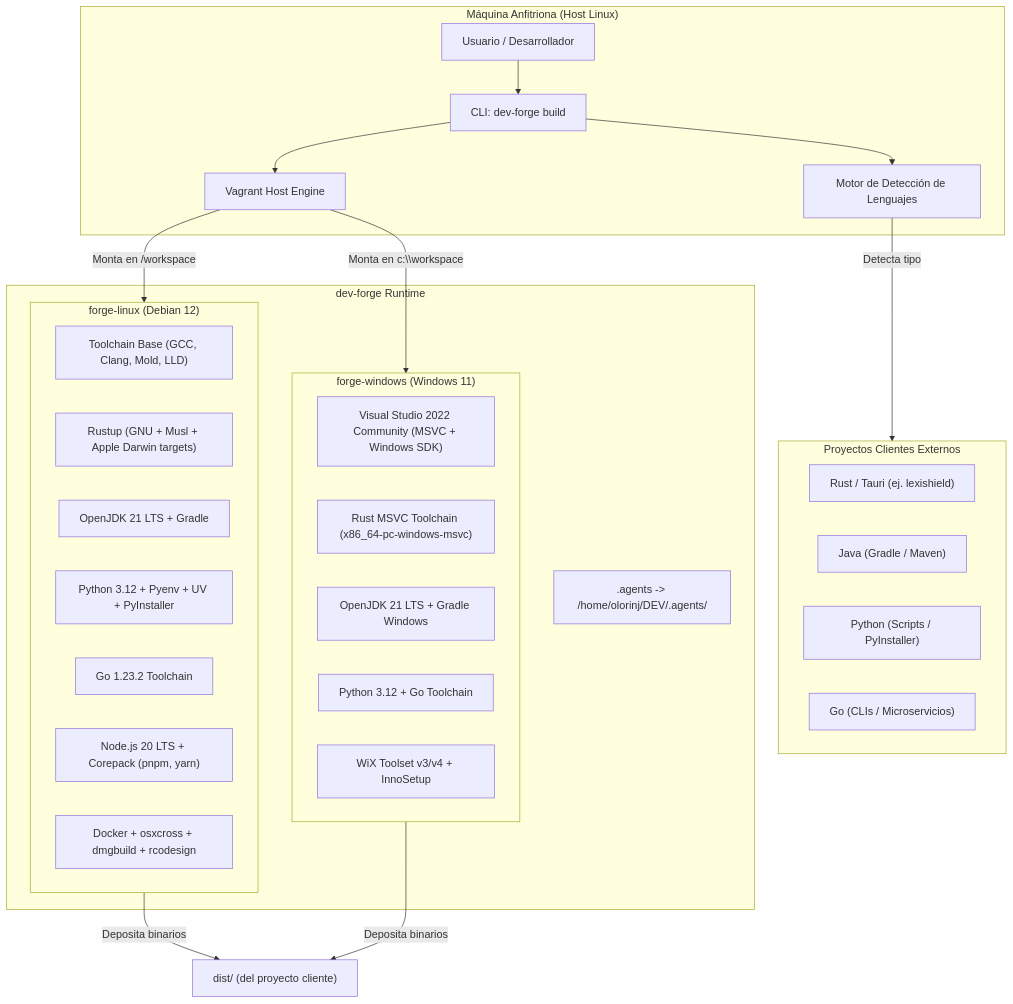
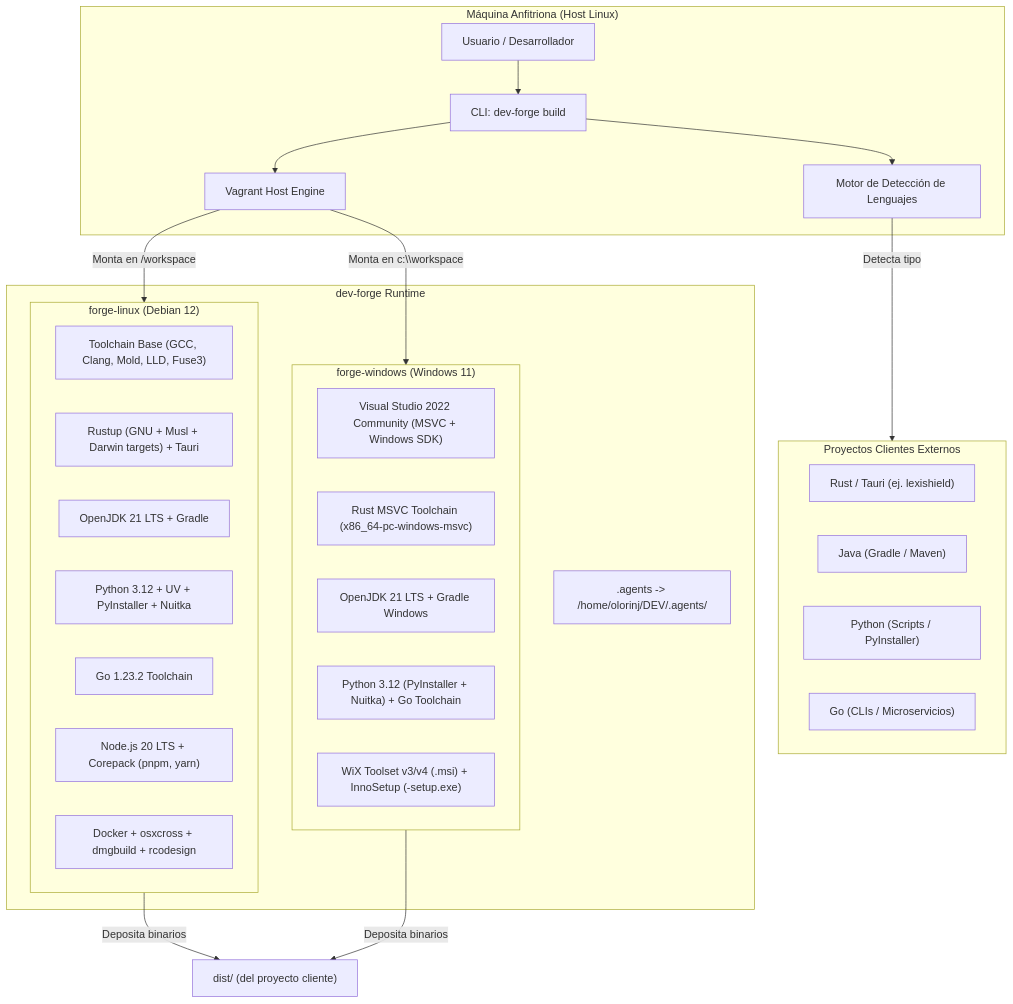
The first of 2 diagrams in docs/architecture.md (olorinj/dev-forge), drawn with Mermaid before and after one commit. The commit also changed other lines of this file and 2 other files, not shown here.

First line of the commit message:
docs: codify universal headless AppImage, WiX versioning, Nuitka and VS Code profiles

````diff
--- a/docs/architecture.md
+++ b/docs/architecture.md
@@ -7,44 +7,44 @@
 ```mermaid
 flowchart TD
     subgraph Host["Máquina Anfitriona (Host Linux)"]
         User["Usuario / Desarrollador"] --> CLI["CLI: dev-forge build"]
         CLI --> Detector["Motor de Detección de Lenguajes"]
         CLI --> VagrantHost["Vagrant Host Engine"]
     end
 
     subgraph Proyectos_Clientes["Proyectos Clientes Externos"]
         RustP["Rust / Tauri (ej. lexishield)"]
         JavaP["Java (Gradle / Maven)"]
         PyP["Python (Scripts / PyInstaller)"]
         GoP["Go (CLIs / Microservicios)"]
     end
 
     subgraph Forja["dev-forge Runtime"]
         Agents[".agents -> /home/olorinj/DEV/.agents/"]
         
         subgraph VM_Linux["forge-linux (Debian 12)"]
-            L_Base["Toolchain Base (GCC, Clang, Mold, LLD)"]
-            L_Rust["Rustup (GNU + Musl + Apple Darwin targets)"]
+            L_Base["Toolchain Base (GCC, Clang, Mold, LLD, Fuse3)"]
+            L_Rust["Rustup (GNU + Musl + Darwin targets) + Tauri"]
             L_Java["OpenJDK 21 LTS + Gradle"]
-            L_Py["Python 3.12 + Pyenv + UV + PyInstaller"]
+            L_Py["Python 3.12 + UV + PyInstaller + Nuitka"]
             L_Go["Go 1.23.2 Toolchain"]
             L_Node["Node.js 20 LTS + Corepack (pnpm, yarn)"]
             L_Mac["Docker + osxcross + dmgbuild + rcodesign"]
         end
 
         subgraph VM_Win["forge-windows (Windows 11)"]
             W_MSVC["Visual Studio 2022 Community (MSVC + Windows SDK)"]
             W_Rust["Rust MSVC Toolchain (x86_64-pc-windows-msvc)"]
             W_Java["OpenJDK 21 LTS + Gradle Windows"]
-            W_PyGo["Python 3.12 + Go Toolchain"]
-            W_Pack["WiX Toolset v3/v4 + InnoSetup"]
+            W_PyGo["Python 3.12 (PyInstaller + Nuitka) + Go Toolchain"]
+            W_Pack["WiX Toolset v3/v4 (.msi) + InnoSetup (-setup.exe)"]
         end
     end
 
     Detector -->|"Detecta tipo"| Proyectos_Clientes
     VagrantHost -->|"Monta en /workspace"| VM_Linux
     VagrantHost -->|"Monta en c:\\workspace"| VM_Win
 
     VM_Linux -->|"Deposita binarios"| Dist["dist/ (del proyecto cliente)"]
     VM_Win -->|"Deposita binarios"| Dist
 ```
````
